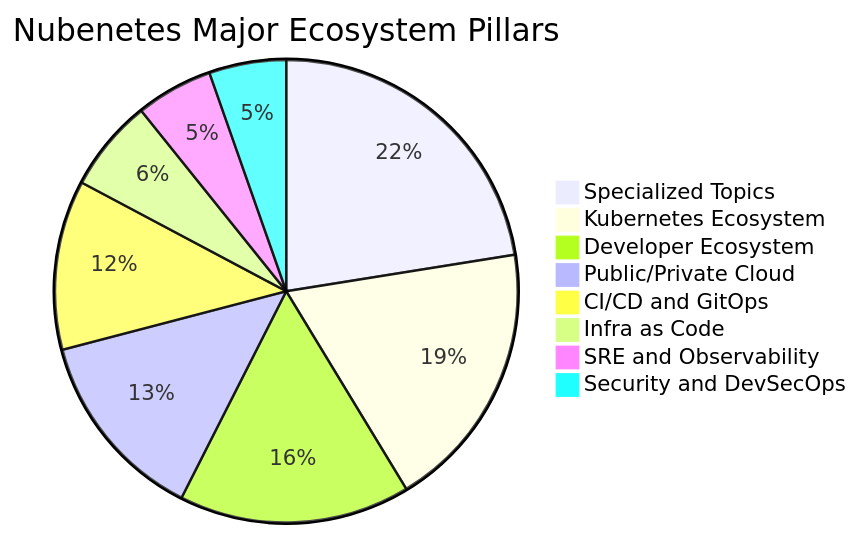
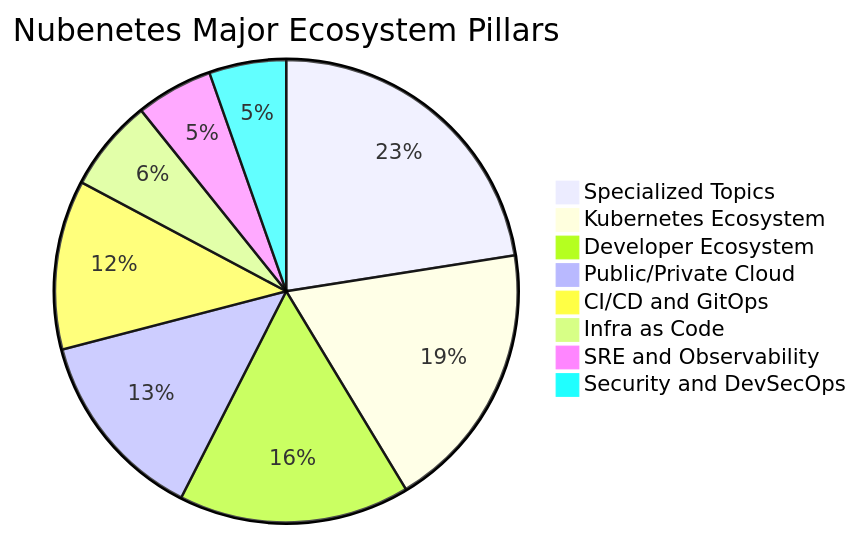
The second of 10 diagrams in README.md (sec-js/awesome-kubernetes), drawn with Mermaid before and after one commit. The commit also changed other lines of this file, not shown here.

````diff
--- a/README.md
+++ b/README.md
@@ -220,11 +220,11 @@
 ```mermaid
 pie title Nubenetes Major Ecosystem Pillars
-    "Specialized Topics" : 4174
+    "Specialized Topics" : 4185
     "Kubernetes Ecosystem" : 3500
     "Developer Ecosystem" : 3000
     "Public/Private Cloud" : 2500
     "CI/CD and GitOps" : 2200
     "Infra as Code" : 1200
     "SRE and Observability" : 1000
     "Security and DevSecOps" : 1000
 ```
````
